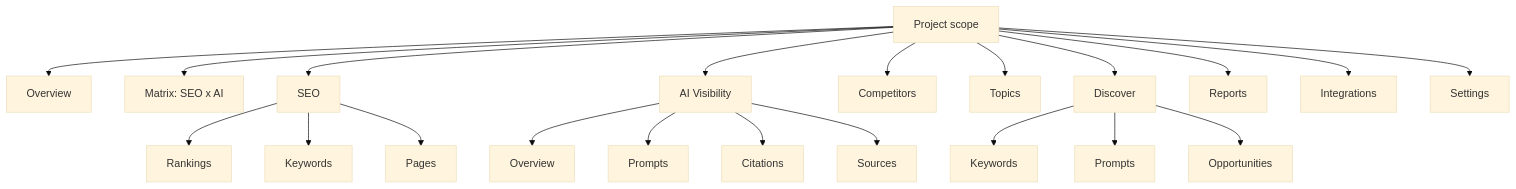
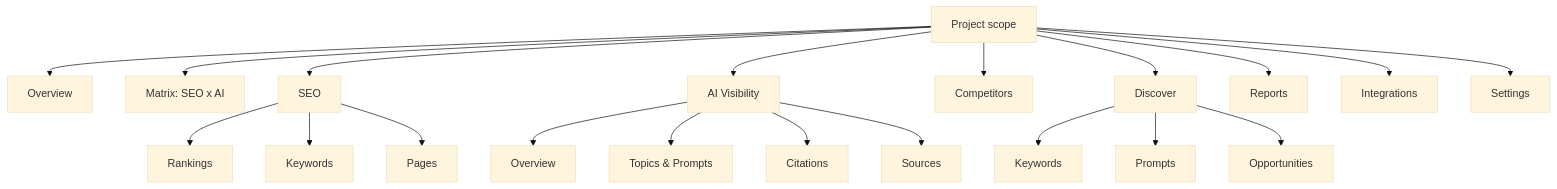
One commit to digibranders/idraft changed the diagram in docs/design-system/11-navigation.md. Above: the diagram before and after it, drawn with Mermaid (base theme). The commit also changed other lines of this file and 8 other files, not shown here.

Commit message:
Document the Topics & Prompts page: ADR-DS-022, template, topic row, review log

````diff
--- a/docs/design-system/11-navigation.md
+++ b/docs/design-system/11-navigation.md
@@ -10,23 +10,22 @@
 ```mermaid
 flowchart TB
     P[Project scope] --> OV[Overview]
     P --> MX[Matrix: SEO x AI]
     P --> SEO[SEO]
     SEO --> R[Rankings]
     SEO --> K[Keywords]
     SEO --> PG[Pages]
     P --> AI[AI Visibility]
     AI --> AO[Overview]
-    AI --> PR[Prompts]
+    AI --> PR[Topics & Prompts]
     AI --> CI[Citations]
     AI --> SO[Sources]
     P --> CO[Competitors]
-    P --> TO[Topics]
     P --> DI[Discover]
     DI --> DK[Keywords]
     DI --> DP[Prompts]
     DI --> DO[Opportunities]
     P --> RE[Reports]
     P --> IN[Integrations]
     P --> ST[Settings]
 ```
````
